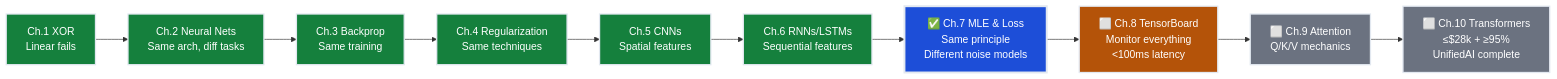
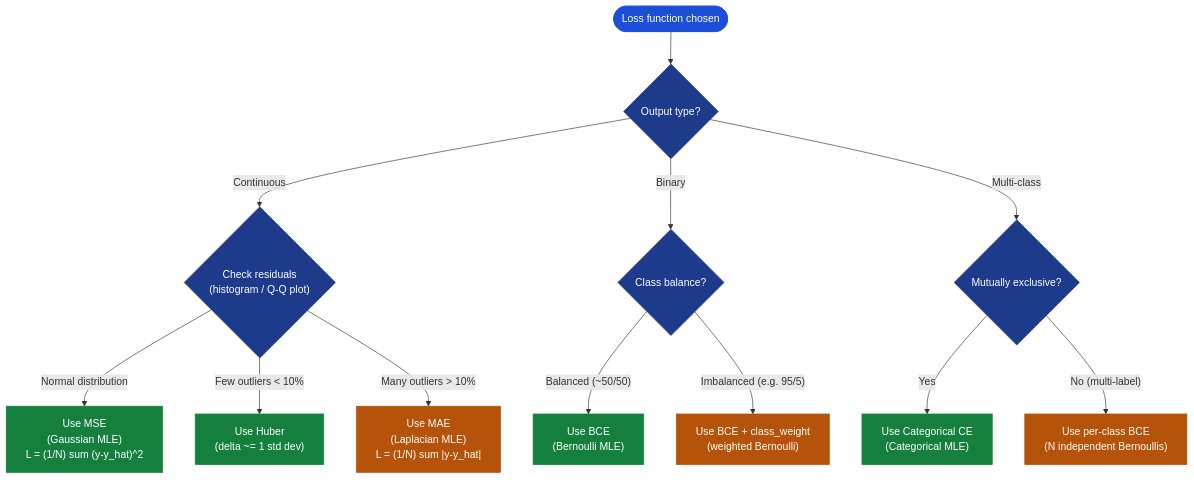
The third of 3 diagrams in notes/01-ml/03_neural_networks/ch07_mle_loss_functions/README.md (deepakshamsft/ai-portfolio), drawn with Mermaid before and after one commit. The commit also changed other lines of this file and 727 other files, not shown here.

````diff
--- a/notes/01-ml/03_neural_networks/ch07_mle_loss_functions/README.md
+++ b/notes/01-ml/03_neural_networks/ch07_mle_loss_functions/README.md
@@ -426,23 +568,30 @@
 ```mermaid
-flowchart LR
-    CH1["Ch.1 XOR<br/>Linear fails"] --> CH2["Ch.2 Neural Nets<br/>Same arch, diff tasks"]
-    CH2 --> CH3["Ch.3 Backprop<br/>Same training"]
-    CH3 --> CH4["Ch.4 Regularization<br/>Same techniques"]
-    CH4 --> CH5["Ch.5 CNNs<br/>Spatial features"]
-    CH5 --> CH6["Ch.6 RNNs/LSTMs<br/>Sequential features"]
-    CH6 --> CH7["✅ Ch.7 MLE & Loss<br/>Same principle<br/>Different noise models"]
-    CH7 --> CH8["⬜ Ch.8 TensorBoard<br/>Monitor everything<br/><100ms latency"]
-    CH8 --> CH9["⬜ Ch.9 Attention<br/>Q/K/V mechanics"]
-    CH9 --> CH10["⬜ Ch.10 Transformers<br/>≤$28k + ≥95%<br/>UnifiedAI complete"]
-    
-    style CH1 fill:#15803d,stroke:#e2e8f0,stroke-width:2px,color:#ffffff
-    style CH2 fill:#15803d,stroke:#e2e8f0,stroke-width:2px,color:#ffffff
-    style CH3 fill:#15803d,stroke:#e2e8f0,stroke-width:2px,color:#ffffff
-    style CH4 fill:#15803d,stroke:#e2e8f0,stroke-width:2px,color:#ffffff
-    style CH5 fill:#15803d,stroke:#e2e8f0,stroke-width:2px,color:#ffffff
-    style CH6 fill:#15803d,stroke:#e2e8f0,stroke-width:2px,color:#ffffff
-    style CH7 fill:#1d4ed8,stroke:#e2e8f0,stroke-width:3px,color:#ffffff
-    style CH8 fill:#b45309,stroke:#e2e8f0,stroke-width:2px,color:#ffffff
-    style CH9 fill:#6b7280,stroke:#e2e8f0,stroke-width:2px,color:#ffffff
-    style CH10 fill:#6b7280,stroke:#e2e8f0,stroke-width:2px,color:#ffffff
+flowchart TD
+    START(["Loss function chosen"]) --> Q1{"Output type?"}
+
+    Q1 -->|"Continuous"| Q2{"Check residuals\n(histogram / Q-Q plot)"}
+    Q2 -->|"Normal distribution"| MSE_OK["Use MSE\n(Gaussian MLE)\nL = (1/N) sum (y-y_hat)^2"]
+    Q2 -->|"Few outliers < 10%"| HUBER_OK["Use Huber\n(delta ~= 1 std dev)"]
+    Q2 -->|"Many outliers > 10%"| MAE_OK["Use MAE\n(Laplacian MLE)\nL = (1/N) sum |y-y_hat|"]
+
+    Q1 -->|"Binary"| Q3{"Class balance?"}
+    Q3 -->|"Balanced (~50/50)"| BCE_OK["Use BCE\n(Bernoulli MLE)"]
+    Q3 -->|"Imbalanced (e.g. 95/5)"| BCEW_OK["Use BCE + class_weight\n(weighted Bernoulli)"]
+
+    Q1 -->|"Multi-class"| Q4{"Mutually exclusive?"}
+    Q4 -->|"Yes"| CCE_OK["Use Categorical CE\n(Categorical MLE)"]
+    Q4 -->|"No (multi-label)"| MULTI["Use per-class BCE\n(N independent Bernoullis)"]
+
+    style START fill:#1d4ed8,color:#fff,stroke:#1d4ed8
+    style Q1 fill:#1e3a8a,color:#fff,stroke:#1e3a8a
+    style Q2 fill:#1e3a8a,color:#fff,stroke:#1e3a8a
+    style Q3 fill:#1e3a8a,color:#fff,stroke:#1e3a8a
+    style Q4 fill:#1e3a8a,color:#fff,stroke:#1e3a8a
+    style MSE_OK fill:#15803d,color:#fff,stroke:#15803d
+    style HUBER_OK fill:#15803d,color:#fff,stroke:#15803d
+    style MAE_OK fill:#b45309,color:#fff,stroke:#b45309
+    style BCE_OK fill:#15803d,color:#fff,stroke:#15803d
+    style BCEW_OK fill:#b45309,color:#fff,stroke:#b45309
+    style CCE_OK fill:#15803d,color:#fff,stroke:#15803d
+    style MULTI fill:#b45309,color:#fff,stroke:#b45309
 ```
````
